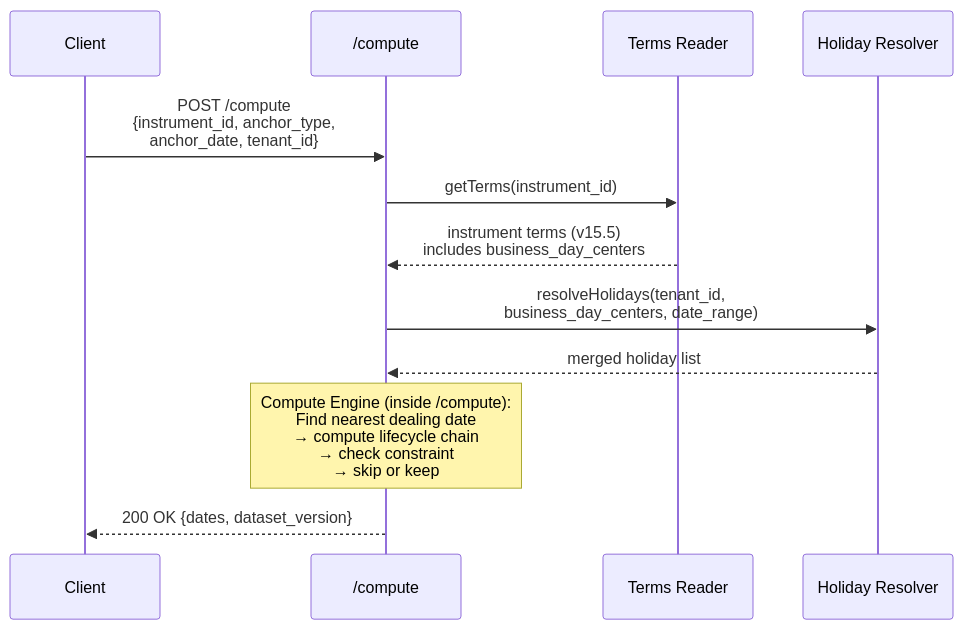
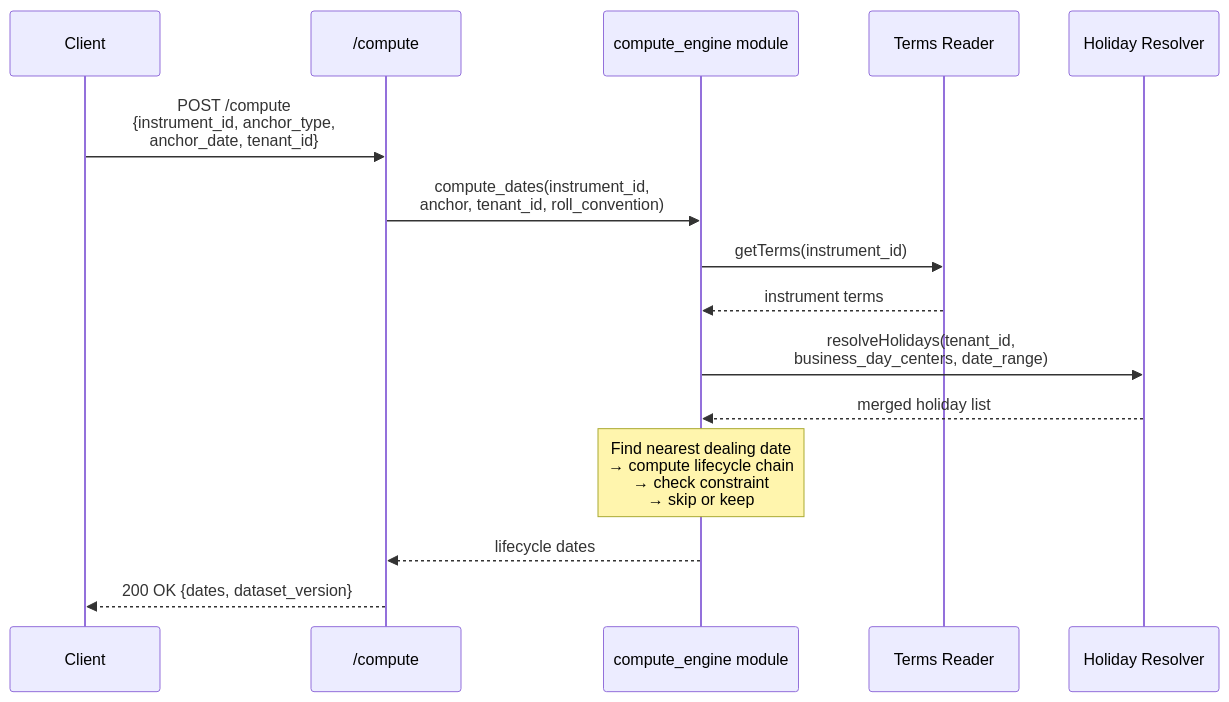
One commit to Ashu290905/OSYTE changed the second of 4 diagrams in lcs-main/docs/architecture.md. Above: the diagram before and after it, drawn with Mermaid. The commit also changed other lines of this file, not shown here.

First line of the commit message:
Compute engine as shared module with codebase structure

````diff
--- a/lcs-main/docs/architecture.md
+++ b/lcs-main/docs/architecture.md
@@ -209,19 +228,21 @@
 ```mermaid
 sequenceDiagram
     participant Client
     participant API as /compute
+    participant CE as compute_engine module
     participant TR as Terms Reader
     participant HR as Holiday Resolver
 
     Client->>API: POST /compute<br/>{instrument_id, anchor_type,<br/> anchor_date, tenant_id}
 
-    API->>TR: getTerms(instrument_id)
-    TR-->>API: instrument terms (v15.5)<br/>includes business_day_centers
+    API->>CE: compute_dates(instrument_id,<br/>anchor, tenant_id, roll_convention)
+    CE->>TR: getTerms(instrument_id)
+    TR-->>CE: instrument terms
+    CE->>HR: resolveHolidays(tenant_id,<br/>business_day_centers, date_range)
+    HR-->>CE: merged holiday list
 
-    API->>HR: resolveHolidays(tenant_id,<br/> business_day_centers, date_range)
-    HR-->>API: merged holiday list
+    Note over CE: Find nearest dealing date<br/>→ compute lifecycle chain<br/>→ check constraint<br/>→ skip or keep
 
-    Note over API: Compute Engine (inside /compute):<br/>Find nearest dealing date<br/>→ compute lifecycle chain<br/>→ check constraint<br/>→ skip or keep
-
+    CE-->>API: lifecycle dates
     API-->>Client: 200 OK {dates, dataset_version}
 ```
````
